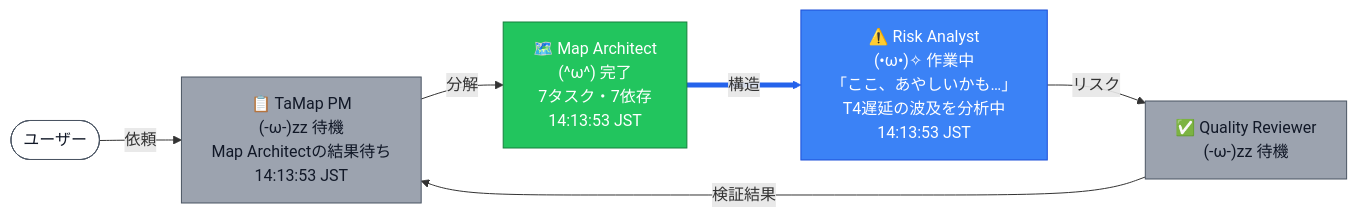
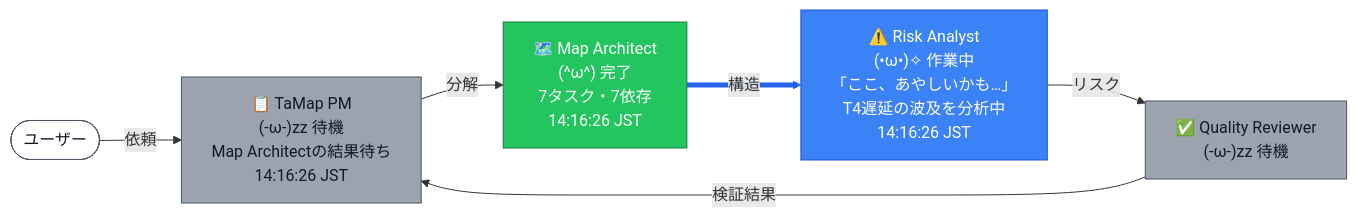
Before and after one commit to nekomario28/tamap: the sixth of 11 diagrams in docs/sample_output.md, drawn with Mermaid. The commit also changed other lines of this file and 4 other files, not shown here.

````diff
--- a/docs/sample_output.md
+++ b/docs/sample_output.md
@@ -183,23 +183,23 @@
 ```mermaid
 flowchart LR
   U(["ユーザー"])
-  PM["📋 TaMap PM<br>(-ω-)zz 待機<br>Map Architectの結果待ち<br>14:13:53 JST"]
-  MA["🗺️ Map Architect<br>(^ω^) 完了<br>7タスク・7依存<br>14:13:53 JST"]
-  RA["⚠️ Risk Analyst<br>(•ω•)✧ 作業中<br>「ここ、あやしいかも…」<br>T4遅延の波及を分析中<br>14:13:53 JST"]
+  PM["📋 TaMap PM<br>(-ω-)zz 待機<br>Map Architectの結果待ち<br>14:16:26 JST"]
+  MA["🗺️ Map Architect<br>(^ω^) 完了<br>7タスク・7依存<br>14:16:26 JST"]
+  RA["⚠️ Risk Analyst<br>(•ω•)✧ 作業中<br>「ここ、あやしいかも…」<br>T4遅延の波及を分析中<br>14:16:26 JST"]
   QR["✅ Quality Reviewer<br>(-ω-)zz 待機"]
   U -- 依頼 --> PM
   PM -- 分解 --> MA
   MA -- 構造 --> RA
   RA -- リスク --> QR
   QR -- 検証結果 --> PM
   classDef idle fill:#9ca3af,stroke:#4b5563,color:#111827
   classDef working fill:#3b82f6,stroke:#1d4ed8,color:#ffffff
   classDef done fill:#22c55e,stroke:#15803d,color:#ffffff
   classDef error fill:#ef4444,stroke:#991b1b,color:#ffffff
   classDef user fill:#ffffff,stroke:#4b5563,color:#111827
   class U user
   class PM,QR idle
   class MA done
   class RA working
   linkStyle 2 stroke:#2563eb,stroke-width:5px
 ```
````
